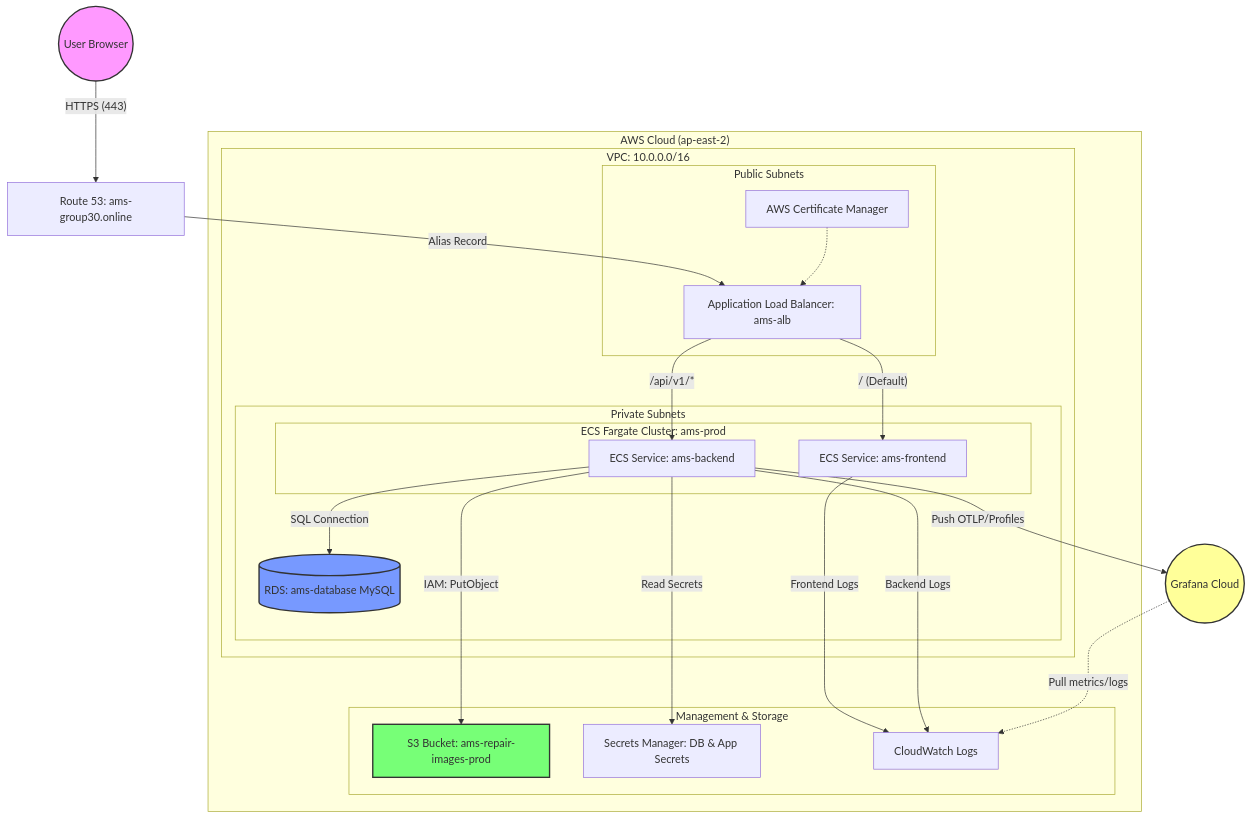
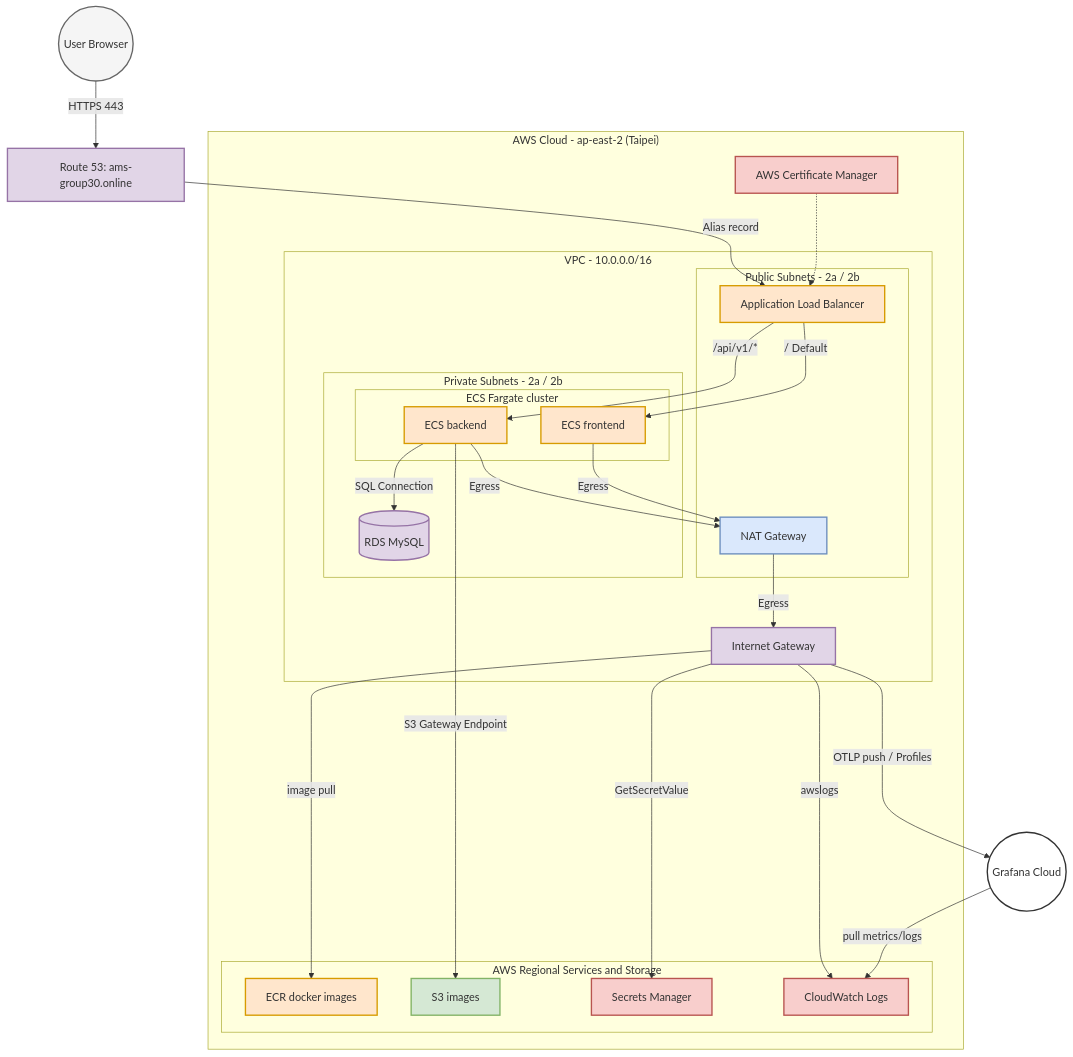
Before and after one commit to Joshua0209/Asset-Management-System: the diagram in docs/system-design/13-aws-infrastructure-reference.md, drawn with Mermaid. The commit also changed other lines of this file, not shown here.

Commit message:
docs: upgrade architecture diagram and document S3 Gateway Endpoint

````diff
--- a/docs/system-design/13-aws-infrastructure-reference.md
+++ b/docs/system-design/13-aws-infrastructure-reference.md
@@ -7,43 +7,69 @@
 ```mermaid
 flowchart TD
-   User((User Browser)) -- "HTTPS (443)" --> R53["Route 53: ams-group30.online"]
-   R53 -- "Alias Record" --> ALB["Application Load Balancer: ams-alb"]
-   
-   subgraph AWS["AWS Cloud (ap-east-2)"]
-       subgraph VPC["VPC: 10.0.0.0/16"]
-           subgraph Public["Public Subnets"]
-               ALB
-               ACM["AWS Certificate Manager"] -.-> ALB
-           end
-           subgraph Private["Private Subnets"]
-               subgraph ECS["ECS Fargate Cluster: ams-prod"]
-                   FE["ECS Service: ams-frontend"]
-                   BE["ECS Service: ams-backend"]
-               end
-               RDS[("RDS: ams-database MySQL")]
-           end
-       end
-       subgraph Mgmt["Management & Storage"]
-           S3["S3 Bucket: ams-repair-images-prod"]
-           SM["Secrets Manager: DB & App Secrets"]
-           CW["CloudWatch Logs"]
-       end
-   end
-   
-   ALB -- "/ (Default)" --> FE
-   ALB -- "/api/v1/*" --> BE
-   
-   BE -- "SQL Connection" --> RDS
-   BE -- "IAM: PutObject" --> S3
-   BE -- "Read Secrets" --> SM
-   
-   BE -- "Push OTLP/Profiles" --> GC((Grafana Cloud))
-   FE -- "Frontend Logs" --> CW
-   BE -- "Backend Logs" --> CW
-   GC -. "Pull metrics/logs" .-> CW
-   
-   style User fill:#f9f,stroke:#333,stroke-width:2px
-   style GC fill:#ff9,stroke:#333,stroke-width:2px
-   style RDS fill:#79f,stroke:#333,stroke-width:2px
-   style S3 fill:#7f7,stroke:#333,stroke-width:2px
+    User((User Browser)) -- "HTTPS 443" --> R53["Route 53: ams-group30.online"]
+    R53 -- "Alias record" --> ALB["Application Load Balancer"]
+
+    subgraph AWS["AWS Cloud - ap-east-2 (Taipei)"]
+        ACM["AWS Certificate Manager"] -.-> ALB
+
+        subgraph VPC["VPC - 10.0.0.0/16"]
+            subgraph Public["Public Subnets - 2a / 2b"]
+                ALB
+                NAT["NAT Gateway"]
+            end
+
+            subgraph Private["Private Subnets - 2a / 2b"]
+                subgraph ECS["ECS Fargate cluster"]
+                    BE["ECS backend"]
+                    FE["ECS frontend"]
+                end
+                RDS[("RDS MySQL")]
+            end
+
+            IGW["Internet Gateway"]
+        end
+
+        subgraph Regional["AWS Regional Services and Storage"]
+            ECR["ECR docker images"]
+            S3["S3 images"]
+            SM["Secrets Manager"]
+            CW["CloudWatch Logs"]
+        end
+    end
+
+    ALB -- "/api/v1/*" --> BE
+    ALB -- "/ Default" --> FE
+
+    BE -- "SQL Connection" --> RDS
+    
+    %% Egress Paths
+    BE & FE -- "Egress" --> NAT
+    NAT -- "Egress" --> IGW
+    
+    %% Regional Service Connections
+    IGW -- "image pull" ----> ECR
+    BE -- "S3 Gateway Endpoint" --> S3
+    IGW -- "GetSecretValue" ----> SM
+    IGW -- "awslogs" ----> CW
+
+    %% External
+    GC((Grafana Cloud))
+    IGW -- "OTLP push / Profiles" ----> GC
+    GC -- "pull metrics/logs" --> CW
+
+    %% Style
+    style User fill:#f5f5f5,stroke:#666,stroke-width:2px
+    style R53 fill:#e1d5e7,stroke:#9673a6,stroke-width:2px
+    style ACM fill:#f8cecc,stroke:#b85450,stroke-width:2px
+    style ALB fill:#ffe6cc,stroke:#d79b00,stroke-width:2px
+    style BE fill:#ffe6cc,stroke:#d79b00,stroke-width:2px
+    style FE fill:#ffe6cc,stroke:#d79b00,stroke-width:2px
+    style NAT fill:#dae8fc,stroke:#6c8ebf,stroke-width:2px
+    style IGW fill:#e1d5e7,stroke:#9673a6,stroke-width:2px
+    style RDS fill:#e1d5e7,stroke:#9673a6,stroke-width:2px
+    style ECR fill:#ffe6cc,stroke:#d79b00,stroke-width:2px
+    style S3 fill:#d5e8d4,stroke:#82b366,stroke-width:2px
+    style SM fill:#f8cecc,stroke:#b85450,stroke-width:2px
+    style CW fill:#f8cecc,stroke:#b85450,stroke-width:2px
+    style GC fill:#fff,stroke:#333,stroke-width:2px
 ```
````
